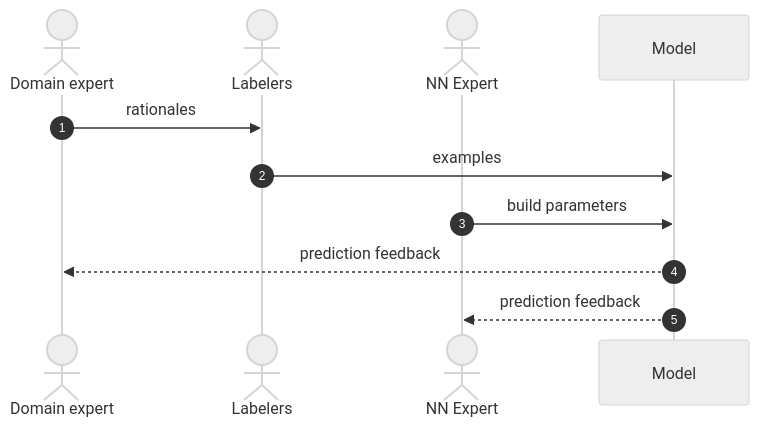
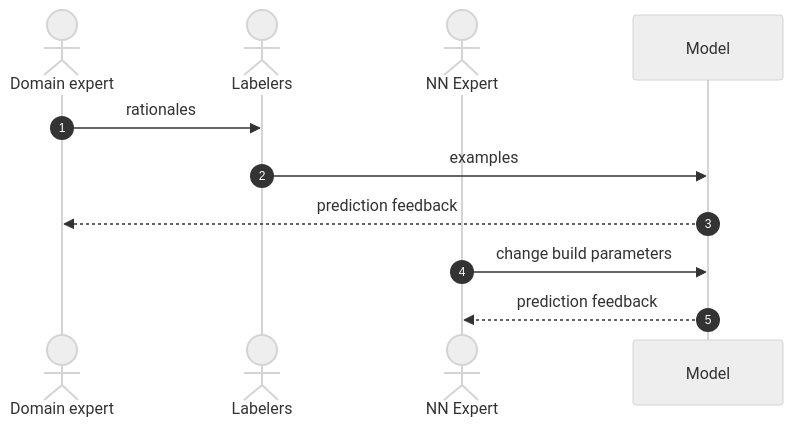
Before and after one commit to borisdev/research: the first of 2 diagrams in tune-chatgpt/README.md, drawn with Mermaid (neutral theme).

Commit message:
change build params

````diff
--- a/tune-chatgpt/README.md
+++ b/tune-chatgpt/README.md
@@ -41,13 +41,13 @@
 ```mermaid
 sequenceDiagram
     autonumber
     actor E as Domain expert
     actor L as Labelers
     actor NN as NN Expert
     participant M as Model
     E->>L: rationales
     L->>M: examples
-    NN->>M: build parameters
     M-->>E: prediction feedback
+    NN->>M: change build parameters
     M-->>NN: prediction feedback
 ```
````
